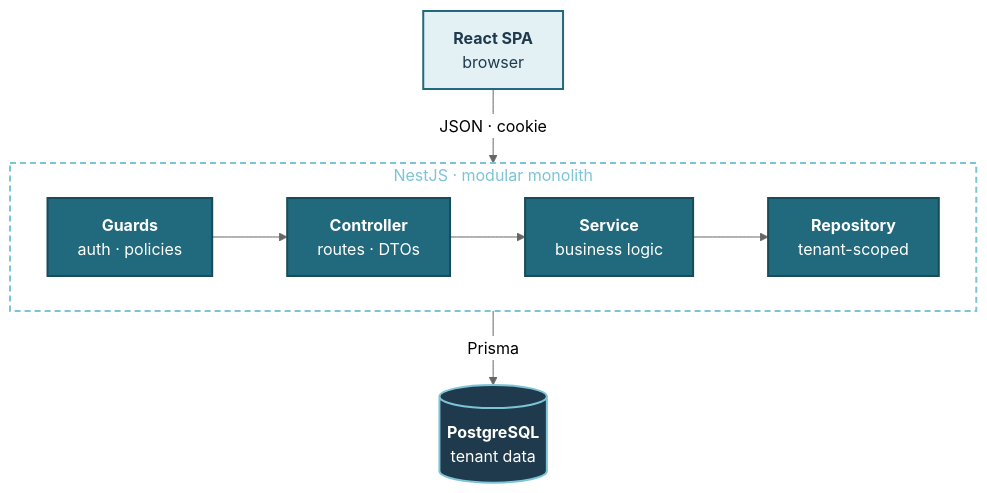
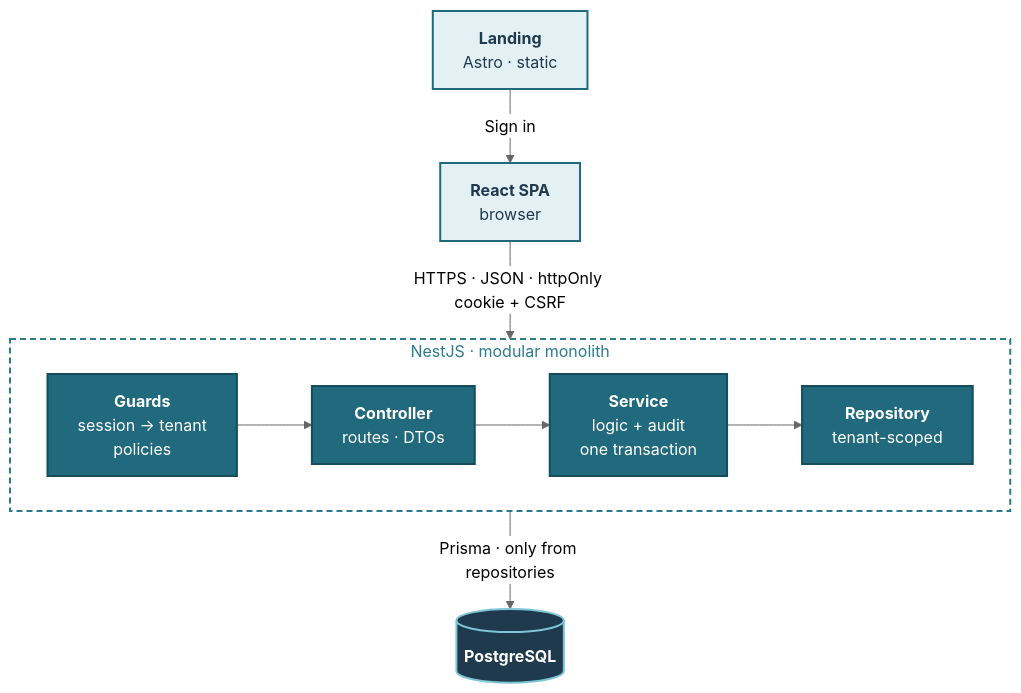
The diagram in README.md (dberchiyan/workus), drawn with Mermaid (neutral theme) before and after one commit. The commit also changed other lines of this file, not shown here.

````diff
--- a/README.md
+++ b/README.md
@@ -118,26 +111,29 @@
 ```mermaid
+%%{init: {"flowchart": {"wrappingWidth": 400}}}%%
 flowchart TB
+  L["<b>Landing</b><br/>Astro · static"]
   SPA["<b>React SPA</b><br/>browser"]
 
   subgraph API["NestJS · modular monolith"]
     direction LR
-    G["<b>Guards</b><br/>auth · policies"]
+    G["<b>Guards</b><br/>session → tenant<br/>policies"]
     C["<b>Controller</b><br/>routes · DTOs"]
-    S["<b>Service</b><br/>business logic"]
+    S["<b>Service</b><br/>logic + audit<br/>one transaction"]
     R["<b>Repository</b><br/>tenant-scoped"]
     G --> C --> S --> R
   end
 
-  DB[("<b>PostgreSQL</b><br/>tenant data")]
+  DB[("<b>PostgreSQL</b>")]
 
-  SPA -- "JSON · cookie" --> API
-  API -- Prisma --> DB
+  L -- "Sign in" --> SPA
+  SPA -- "HTTPS · JSON · httpOnly cookie + CSRF" --> API
+  API -- "Prisma · only from repositories" --> DB
 
   classDef client fill:#E3F1F5,stroke:#21697C,stroke-width:2px,color:#1F3A4D
   classDef api fill:#21697C,stroke:#174C5A,stroke-width:2px,color:#FFFFFF
   classDef data fill:#1F3A4D,stroke:#7CC4D6,stroke-width:2px,color:#FFFFFF
-  class SPA client
+  class L,SPA client
   class G,C,S,R api
   class DB data
-  style API fill:transparent,stroke:#7CC4D6,stroke-width:2px,stroke-dasharray:6 4,color:#7CC4D6
+  style API fill:transparent,stroke:#2B7A8E,stroke-width:2px,stroke-dasharray:6 4,color:#2B7A8E
 ```
````
